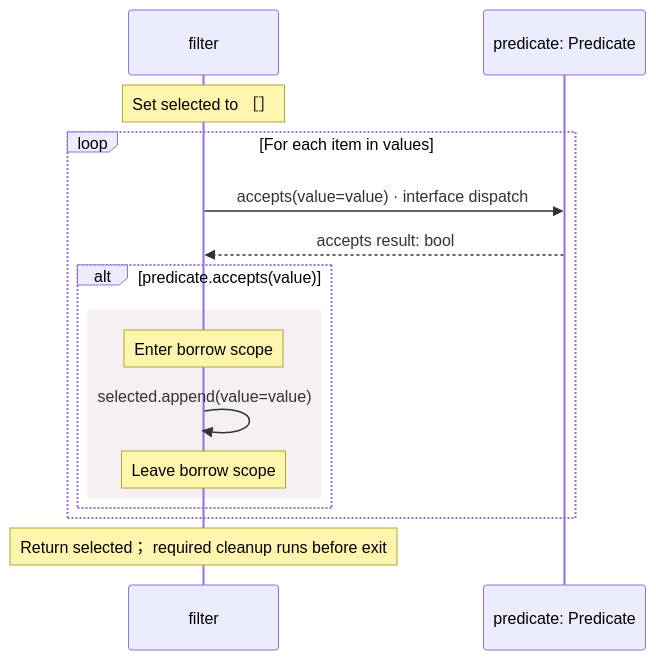
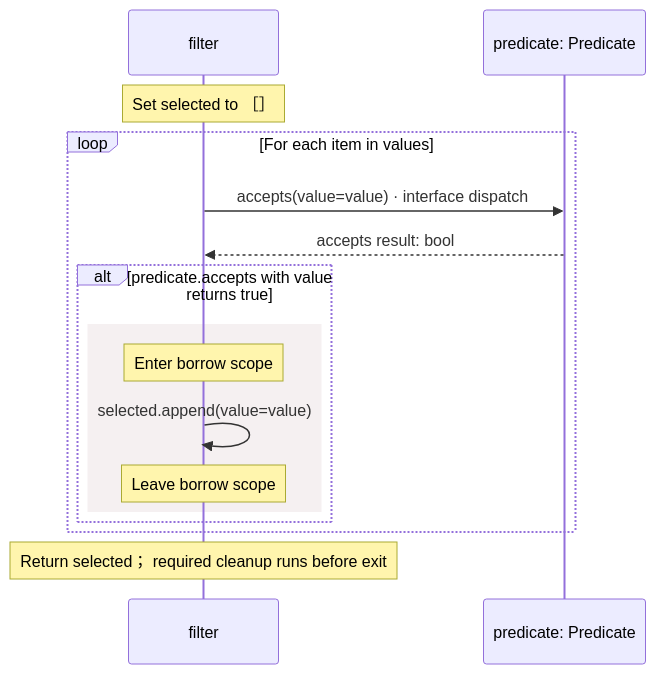
Diagram 11 of 21 in src/stdlib/collections/operations.aug.diagrams.md (GreenPandaStudios/augscript), drawn with Mermaid before and after one commit. The commit also changed other lines of this file and 658 other files, not shown here.

````diff
--- a/src/stdlib/collections/operations.aug.diagrams.md
+++ b/src/stdlib/collections/operations.aug.diagrams.md
@@ -142,18 +163,18 @@
 ```mermaid
 sequenceDiagram
     participant p0 as filter
     participant p1 as predicate: Predicate
     Note over p0: Set selected to ［］
     loop For each item in values
     p0->>p1: accepts(value=value) · interface dispatch
     p1-->>p0: accepts result: bool
-    alt predicate.accepts(value)
+    alt predicate.accepts with value returns true
     rect rgb(245, 240, 241)
     Note over p0: Enter borrow scope
     p0->>p0: selected.append(value=value)
     Note over p0: Leave borrow scope
     end
     end
     end
     Note over p0: Return selected； required cleanup runs before exit
 ```
````
